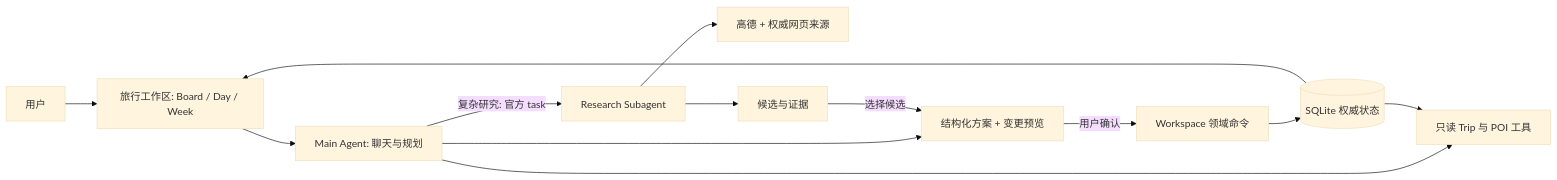
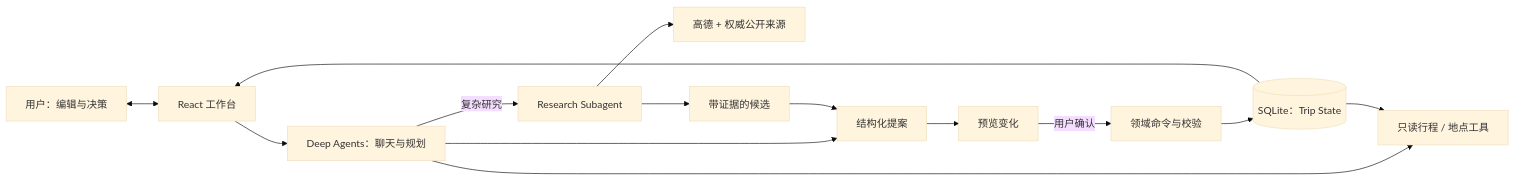
Before and after one commit to Yiping-Nash/BrandonTravel: the diagram in README.zh-CN.md, drawn with Mermaid (base theme). The commit also changed other lines of this file and 40 other files, not shown here.

````diff
--- a/README.zh-CN.md
+++ b/README.zh-CN.md
@@ -39,15 +49,16 @@
 ```mermaid
 flowchart LR
-    User[用户] --> UI[旅行工作区: Board / Day / Week]
-    UI --> Main[Main Agent: 聊天与规划]
-    Main -->|复杂研究: 官方 task| Research[Research Subagent]
-    Main --> Read[只读 Trip 与 POI 工具]
-    Research --> Sources[高德 + 权威网页来源]
-    Main --> Proposal[结构化方案 + 变更预览]
-    Research --> Result[候选与证据]
-    Result -->|选择候选| Proposal
-    Proposal -->|用户确认| Domain[Workspace 领域命令]
-    Domain --> DB[(SQLite 权威状态)]
+    Human[用户：编辑与决策] <--> UI[React 工作台]
+    UI --> Main[Deep Agents：聊天与规划]
+    Main -->|复杂研究| Research[Research Subagent]
+    Main --> Read[只读行程 / 地点工具]
+    Research --> Sources[高德 + 权威公开来源]
+    Research --> Evidence[带证据的候选]
+    Main --> Proposal[结构化提案]
+    Evidence --> Proposal
+    Proposal --> Diff[预览变化]
+    Diff -->|用户确认| Domain[领域命令与校验]
+    Domain --> DB[(SQLite：Trip State)]
     DB --> UI
     DB --> Read
 ```
````
